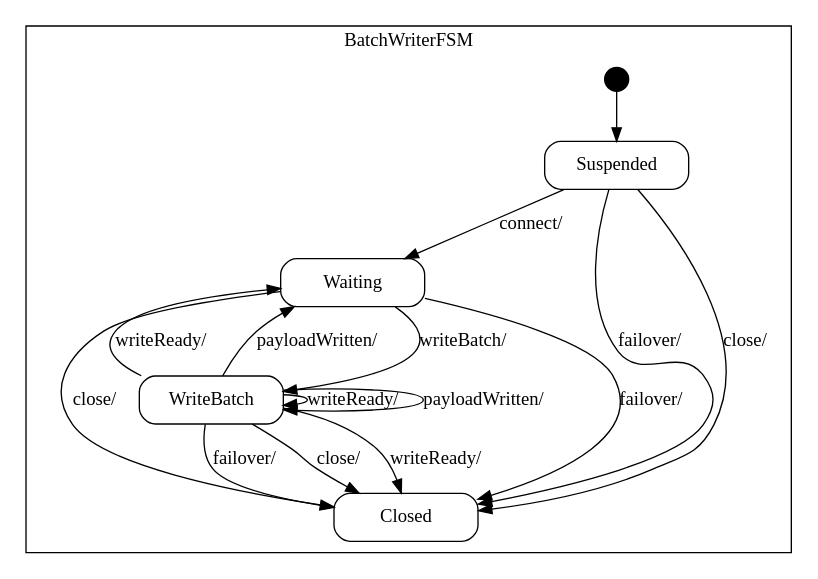
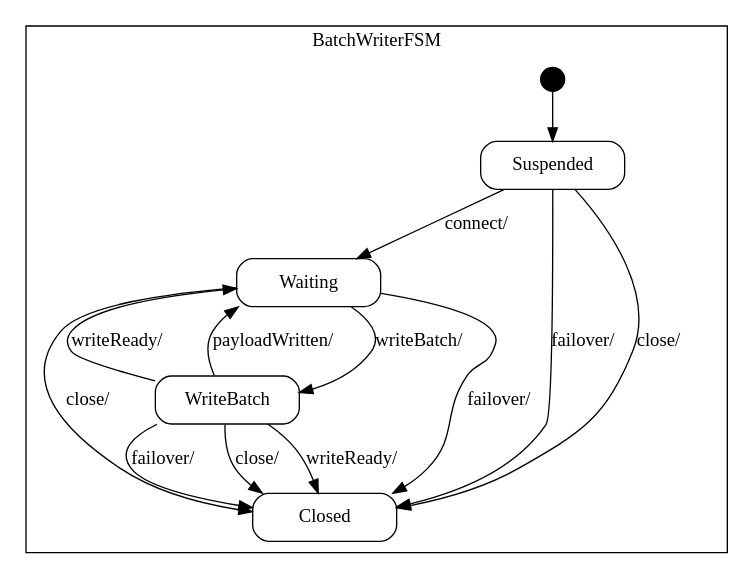
The diagram in producer/doc/BatchWriter_sm.dot (vmehra-sfdc/Ouroboros), drawn with Graphviz before and after one commit. The commit also changed 6 other files, not shown here.

```diff
--- a/producer/doc/BatchWriter_sm.dot
+++ b/producer/doc/BatchWriter_sm.dot
@@ -1,75 +1,69 @@
 digraph BatchWriter {
 
     node
         [shape=Mrecord width=1.5];
 
     subgraph cluster_BatchWriterFSM {
 
         label="BatchWriterFSM";
 
         //
         // States (Nodes)
         //
 
         "BatchWriterFSM::Suspended"
             [label="{Suspended}"];
 
         "BatchWriterFSM::Waiting"
             [label="{Waiting}"];
 
         "BatchWriterFSM::WriteBatch"
             [label="{WriteBatch}"];
 
         "BatchWriterFSM::Closed"
             [label="{Closed}"];
 
         "%start"
             [label="" shape=circle style=filled fillcolor=black width=0.25];
 
         //
         // Transitions (Edges)
         //
 
         "BatchWriterFSM::Suspended" -> "BatchWriterFSM::Waiting"
             [label="connect/\l"];
 
         "BatchWriterFSM::Suspended" -> "BatchWriterFSM::Closed"
             [label="failover/\l"];
 
         "BatchWriterFSM::Suspended" -> "BatchWriterFSM::Closed"
             [label="close/\l"];
 
         "BatchWriterFSM::Waiting" -> "BatchWriterFSM::WriteBatch"
             [label="writeBatch/\l"];
 
         "BatchWriterFSM::Waiting" -> "BatchWriterFSM::Closed"
             [label="failover/\l"];
 
         "BatchWriterFSM::Waiting" -> "BatchWriterFSM::Closed"
             [label="close/\l"];
 
         "BatchWriterFSM::WriteBatch" -> "BatchWriterFSM::Closed"
             [label="writeReady/\l"];
 
-        "BatchWriterFSM::WriteBatch" -> "BatchWriterFSM::WriteBatch"
-            [label="writeReady/\l"];
-
         "BatchWriterFSM::WriteBatch" -> "BatchWriterFSM::Waiting"
             [label="writeReady/\l"];
-
-        "BatchWriterFSM::WriteBatch" -> "BatchWriterFSM::WriteBatch"
-            [label="payloadWritten/\l"];
 
         "BatchWriterFSM::WriteBatch" -> "BatchWriterFSM::Waiting"
             [label="payloadWritten/\l"];
 
         "BatchWriterFSM::WriteBatch" -> "BatchWriterFSM::Closed"
             [label="failover/\l"];
 
         "BatchWriterFSM::WriteBatch" -> "BatchWriterFSM::Closed"
             [label="close/\l"];
 
         "%start" -> "BatchWriterFSM::Suspended"
     }
 
 }
```
